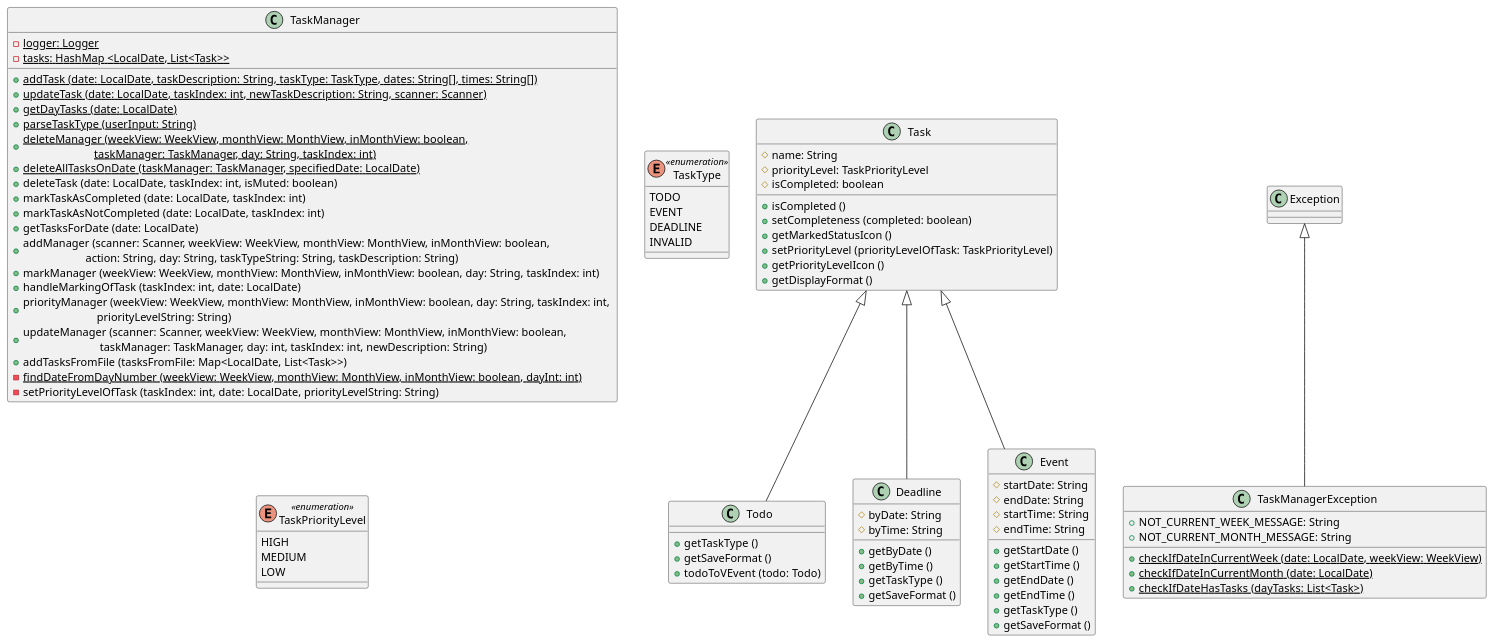
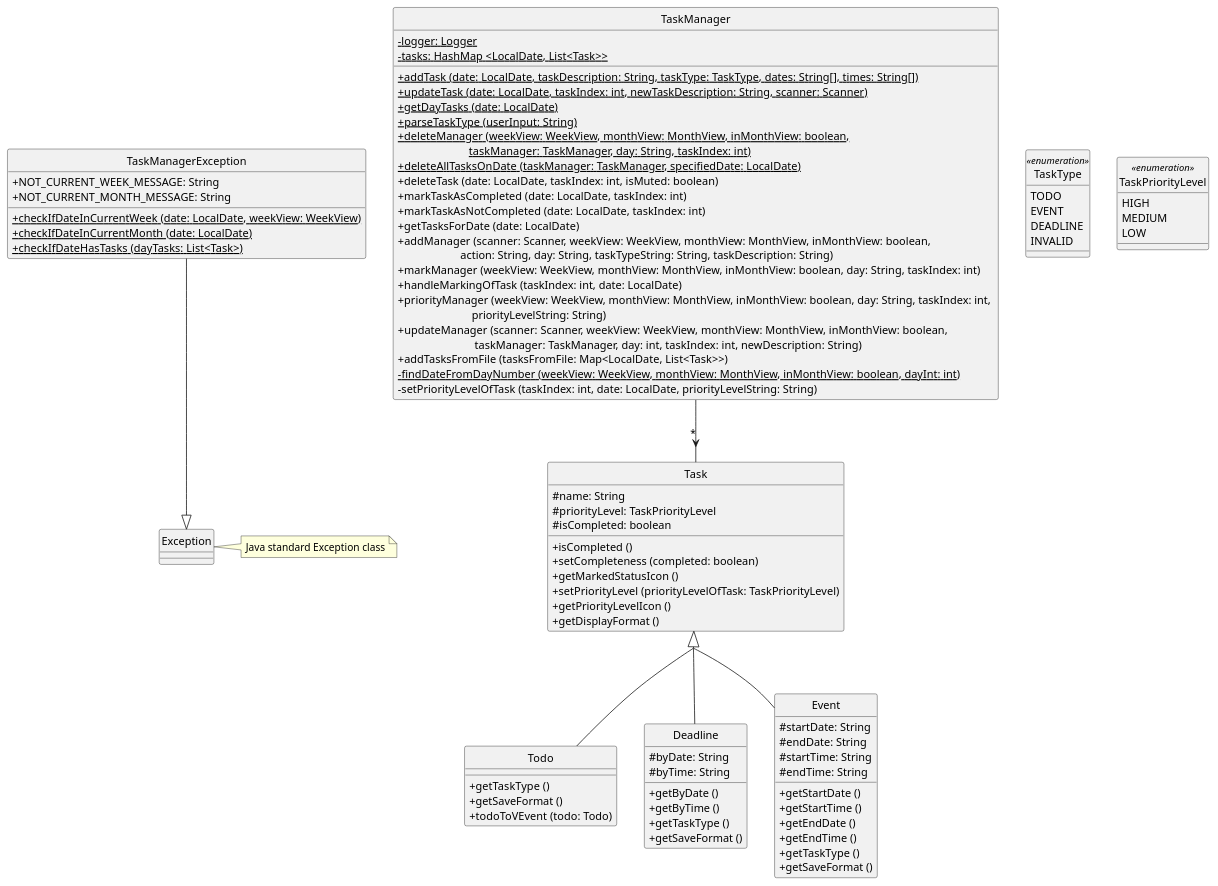
One commit to clarencepohh/tp changed the diagram in docs/diagrams/class/Data.puml. Above: the diagram before and after it, drawn with PlantUML.

Commit message:
Update PUML to include TaskManager->Task association

```diff
--- a/docs/diagrams/class/Data.puml
+++ b/docs/diagrams/class/Data.puml
@@ -1,86 +1,94 @@
 @startuml
+
+skinparam classAttributeIconSize 0
+skinparam groupInheritance 3
 
 class TaskManager {
 - {static} logger: Logger
 - {static} tasks: HashMap <LocalDate, List<Task>>
 + {static} addTask (date: LocalDate, taskDescription: String, taskType: TaskType, dates: String[], times: String[])
 + {static} updateTask (date: LocalDate, taskIndex: int, newTaskDescription: String, scanner: Scanner)
 + {static} getDayTasks (date: LocalDate)
 + {static} parseTaskType (userInput: String)
 + {static} deleteManager (weekView: WeekView, monthView: MonthView, inMonthView: boolean, \n                         taskManager: TaskManager, day: String, taskIndex: int)
 + {static} deleteAllTasksOnDate (taskManager: TaskManager, specifiedDate: LocalDate)
 + deleteTask (date: LocalDate, taskIndex: int, isMuted: boolean)
 + markTaskAsCompleted (date: LocalDate, taskIndex: int)
 + markTaskAsNotCompleted (date: LocalDate, taskIndex: int)
 + getTasksForDate (date: LocalDate)
 + addManager (scanner: Scanner, weekView: WeekView, monthView: MonthView, inMonthView: boolean, \n                      action: String, day: String, taskTypeString: String, taskDescription: String)
 + markManager (weekView: WeekView, monthView: MonthView, inMonthView: boolean, day: String, taskIndex: int)
 + handleMarkingOfTask (taskIndex: int, date: LocalDate)
 + priorityManager (weekView: WeekView, monthView: MonthView, inMonthView: boolean, day: String, taskIndex: int, \n                          priorityLevelString: String)
 + updateManager (scanner: Scanner, weekView: WeekView, monthView: MonthView, inMonthView: boolean, \n                           taskManager: TaskManager, day: int, taskIndex: int, newDescription: String)
 + addTasksFromFile (tasksFromFile: Map<LocalDate, List<Task>>)
 - {static} findDateFromDayNumber (weekView: WeekView, monthView: MonthView, inMonthView: boolean, dayInt: int)
 - setPriorityLevelOfTask (taskIndex: int, date: LocalDate, priorityLevelString: String)
 }
 
 class Task {
 # name: String
 # priorityLevel: TaskPriorityLevel
 # isCompleted: boolean
 + isCompleted ()
 + setCompleteness (completed: boolean)
 + getMarkedStatusIcon ()
 + setPriorityLevel (priorityLevelOfTask: TaskPriorityLevel)
 + getPriorityLevelIcon ()
 + getDisplayFormat ()
 }
 
 class Todo extends Task {
 + getTaskType ()
 + getSaveFormat ()
 + todoToVEvent (todo: Todo)
 }
 
 class Deadline extends Task {
 # byDate: String
 # byTime: String
 + getByDate ()
 + getByTime ()
 + getTaskType ()
 + getSaveFormat ()
 }
 class Event extends Task {
 # startDate: String
 # endDate: String
 # startTime: String
 # endTime: String
 + getStartDate ()
 + getStartTime ()
 + getEndDate ()
 + getEndTime ()
 + getTaskType ()
 + getSaveFormat ()
 }
 
-class TaskManagerException extends Exception {
+class TaskManagerException {
 + NOT_CURRENT_WEEK_MESSAGE: String
 + NOT_CURRENT_MONTH_MESSAGE: String
 + {static} checkIfDateInCurrentWeek (date: LocalDate, weekView: WeekView)
 + {static} checkIfDateInCurrentMonth (date: LocalDate)
 + {static} checkIfDateHasTasks (dayTasks: List<Task>)
 }
 
 enum TaskType <<enumeration>> {
 TODO
 EVENT
 DEADLINE
 INVALID
 }
 
 enum TaskPriorityLevel <<enumeration>> {
 HIGH
 MEDIUM
 LOW
 }
 
+TaskManager --> "*" Task
+TaskManagerException --|> Exception
+note right of Exception : Java standard Exception class
+hide circle
+
 @enduml
```
